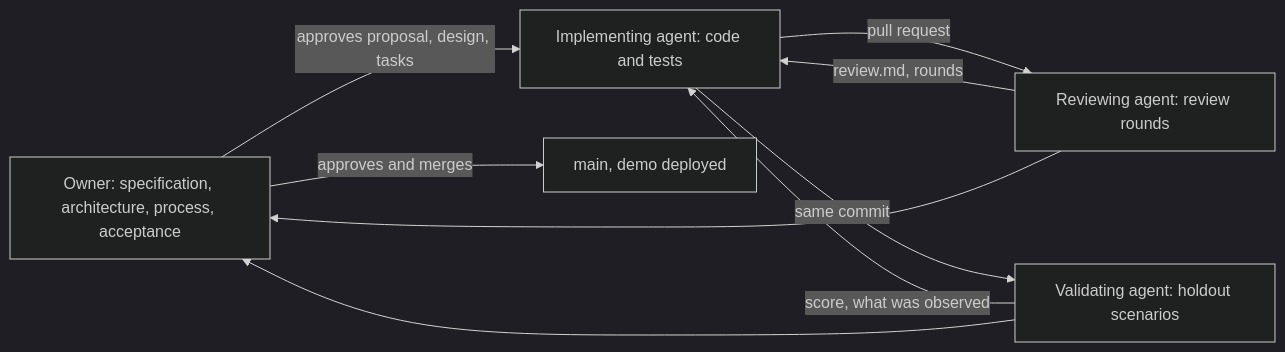
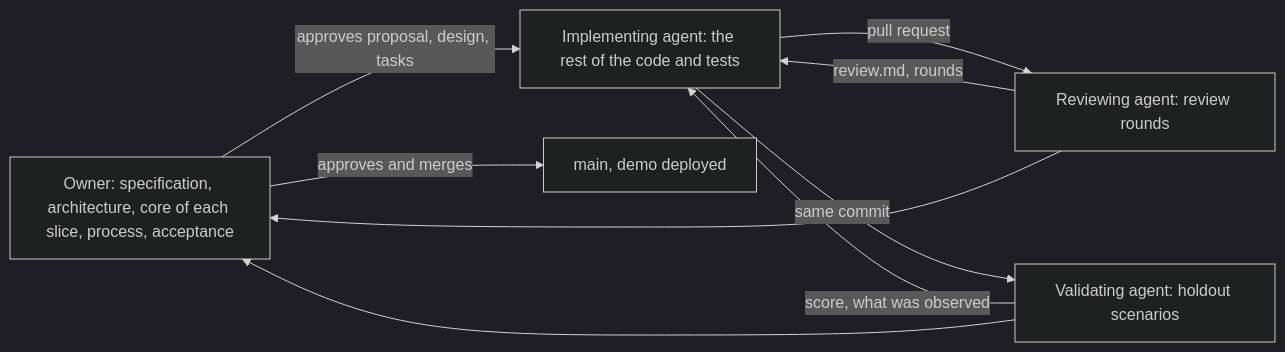
One commit to AntonChehov/english-drill-book changed the diagram in docs/how-it-works.md. Above: the diagram before and after it, drawn with Mermaid (dark theme). The commit also changed other lines of this file and 109 other files, not shown here.

````diff
--- a/docs/how-it-works.md
+++ b/docs/how-it-works.md
@@ -5,15 +5,15 @@
 ```mermaid
 flowchart LR
-  O["Owner: specification, architecture, process, acceptance"]
-  I["Implementing agent: code and tests"]
+  O["Owner: specification, architecture, core of each slice, process, acceptance"]
+  I["Implementing agent: the rest of the code and tests"]
   R["Reviewing agent: review rounds"]
   V["Validating agent: holdout scenarios"]
   O -- "approves proposal, design, tasks" --> I
   I -- "pull request" --> R
   R -- "review.md, rounds" --> I
   I -- "same commit" --> V
   V -- "score, what was observed" --> I
   R --> O
   V --> O
   O -- "approves and merges" --> M["main, demo deployed"]
 ```
````
